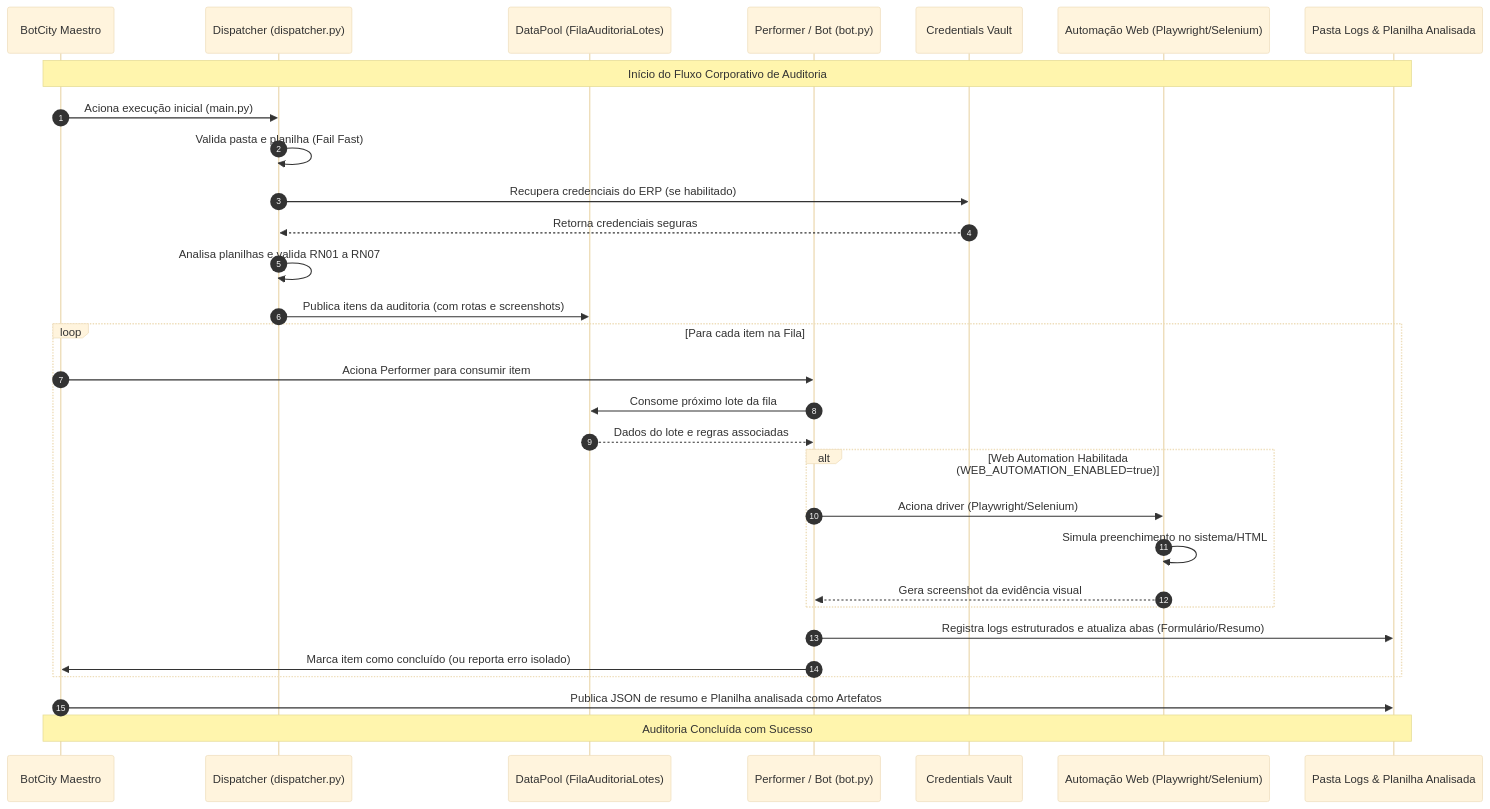
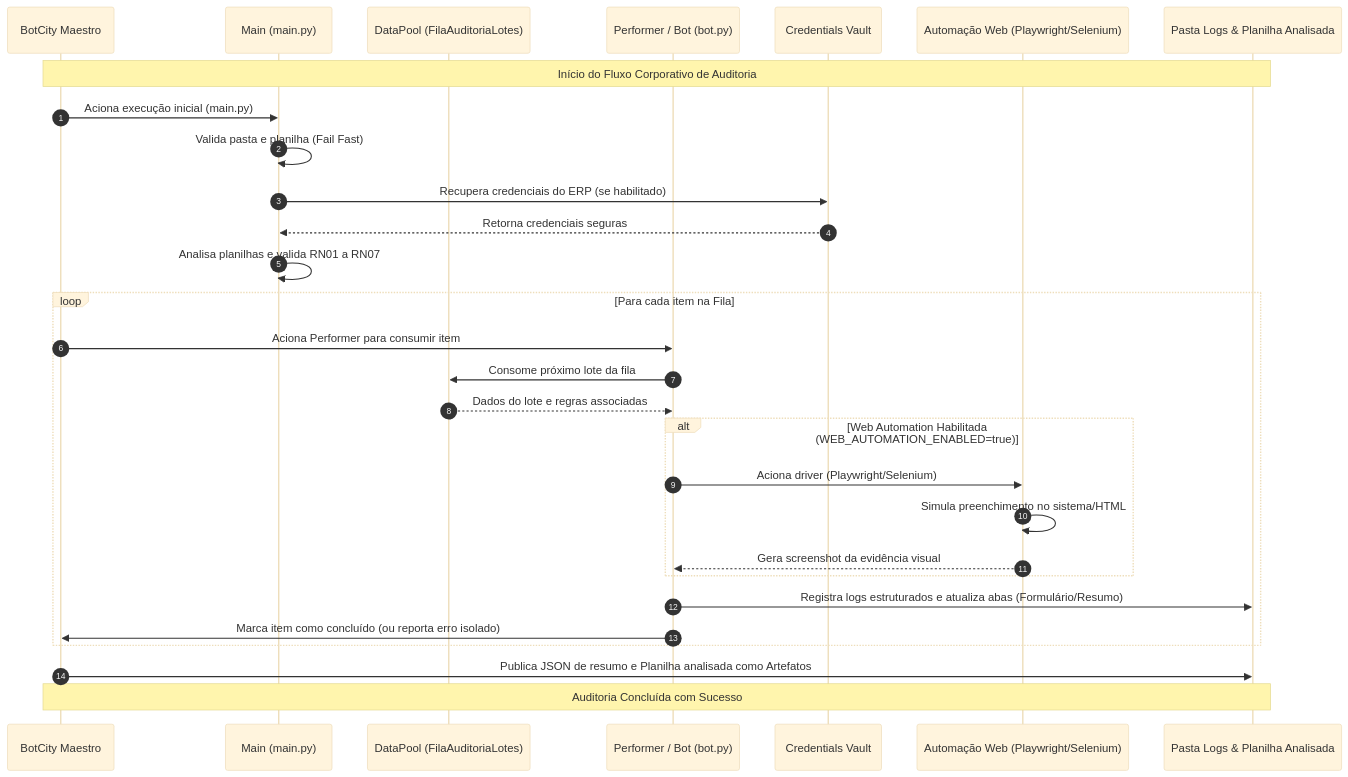
The diagram in README.md (TeodorioNeto/Bot-Confer-ncia-de-Lotes), drawn with Mermaid (base theme) before and after one commit. The commit also changed other lines of this file and 74 other files, not shown here.

````diff
--- a/README.md
+++ b/README.md
@@ -176,39 +169,38 @@
 ```mermaid
 sequenceDiagram
     autonumber
     participant Maestro as BotCity Maestro
-    participant Dispatcher as Dispatcher (dispatcher.py)
+    participant Main as Main (main.py)
     participant DataPool as DataPool (FilaAuditoriaLotes)
     participant Performer as Performer / Bot (bot.py)
     participant Vault as Credentials Vault
     participant Web as Automação Web (Playwright/Selenium)
     participant Logs as Pasta Logs & Planilha Analisada
 
     Note over Maestro, Logs: Início do Fluxo Corporativo de Auditoria
 
-    Maestro->>Dispatcher: Aciona execução inicial (main.py)
-    Dispatcher->>Dispatcher: Valida pasta e planilha (Fail Fast)
-    Dispatcher->>Vault: Recupera credenciais do ERP (se habilitado)
-    Vault-->>Dispatcher: Retorna credenciais seguras
+    Maestro->>Main: Aciona execução inicial (main.py)
+    Main->>Main: Valida pasta e planilha (Fail Fast)
+    Main->>Vault: Recupera credenciais do ERP (se habilitado)
+    Vault-->>Main: Retorna credenciais seguras
 
-    Dispatcher->>Dispatcher: Analisa planilhas e valida RN01 a RN07
-    Dispatcher->>DataPool: Publica itens da auditoria (com rotas e screenshots)
+    Main->>Main: Analisa planilhas e valida RN01 a RN07
 
     loop Para cada item na Fila
         Maestro->>Performer: Aciona Performer para consumir item
         Performer->>DataPool: Consome próximo lote da fila
         DataPool-->>Performer: Dados do lote e regras associadas
 
         alt Web Automation Habilitada (WEB_AUTOMATION_ENABLED=true)
             Performer->>Web: Aciona driver (Playwright/Selenium)
             Web->>Web: Simula preenchimento no sistema/HTML
             Web-->>Performer: Gera screenshot da evidência visual
         end
 
         Performer->>Logs: Registra logs estruturados e atualiza abas (Formulário/Resumo)
         Performer->>Maestro: Marca item como concluído (ou reporta erro isolado)
     end
 
     Maestro->>Logs: Publica JSON de resumo e Planilha analisada como Artefatos
     Note over Maestro, Logs: Auditoria Concluída com Sucesso
 ```
````
